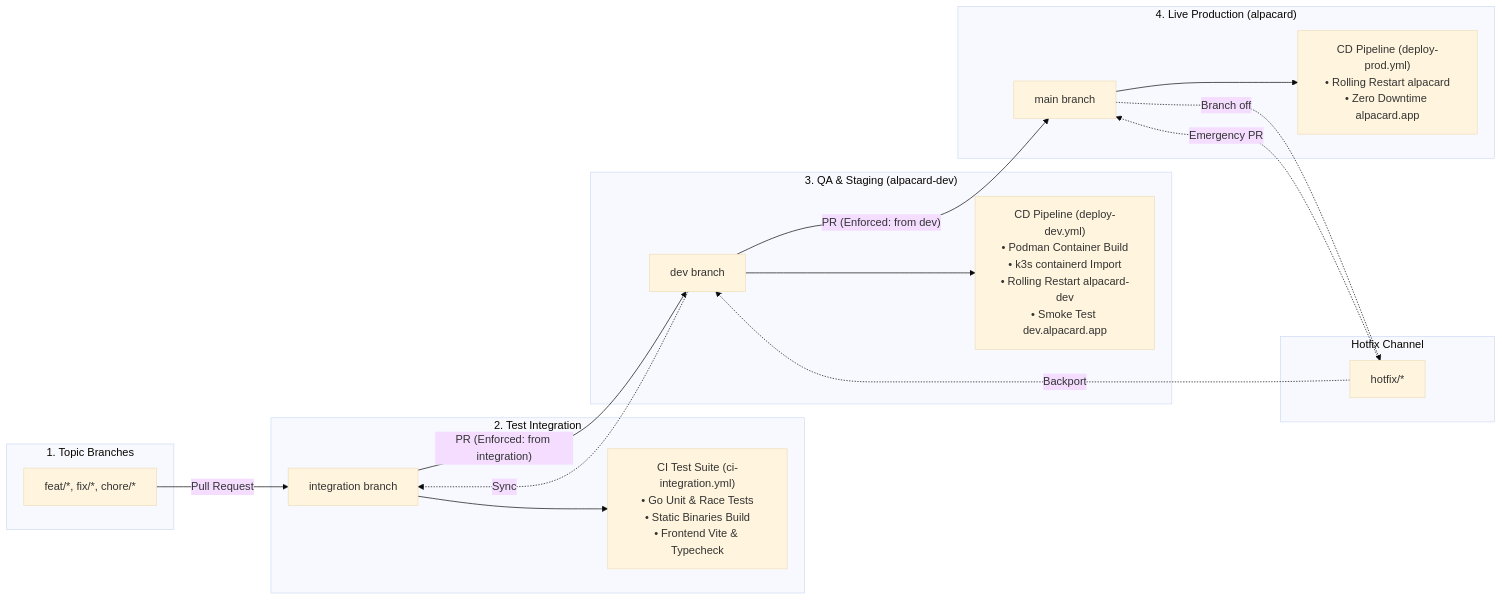
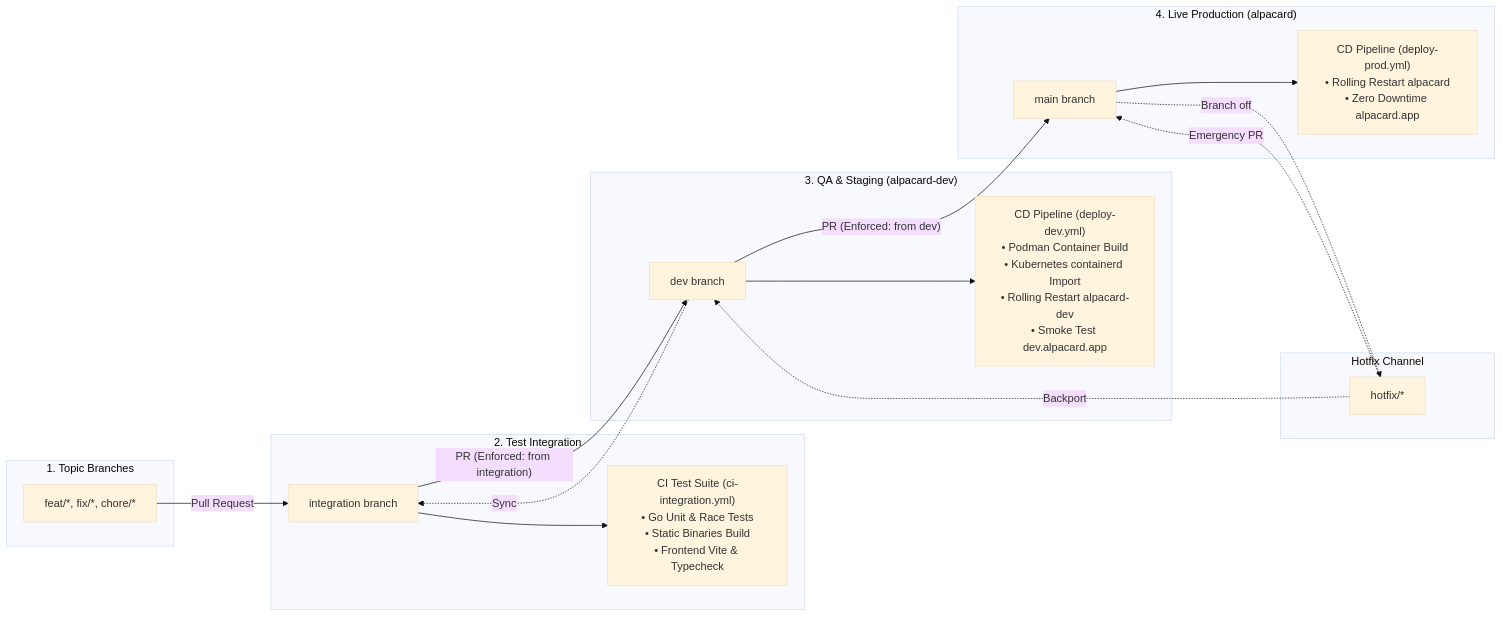
Before and after one commit to Gabmetal/alpacard-web: the second of 3 diagrams in README.md, drawn with Mermaid (base theme). The commit also changed other lines of this file and 6 other files, not shown here.

Commit message:
docs: mask k3s and homelab references with dedicated kubernetes architecture (#52)

````diff
--- a/README.md
+++ b/README.md
@@ -68,37 +68,37 @@
 ```mermaid
 flowchart LR
     subgraph FeatureWork ["1. Topic Branches"]
         FEAT["feat/*, fix/*, chore/*"]
     end
 
     subgraph IntegrationStage ["2. Test Integration"]
         INT["integration branch"]
         CI["CI Test Suite (ci-integration.yml)<br/>• Go Unit & Race Tests<br/>• Static Binaries Build<br/>• Frontend Vite & Typecheck"]
     end
 
     subgraph QAStage ["3. QA & Staging (alpacard-dev)"]
         DEV["dev branch"]
-        DEV_DEPLOY["CD Pipeline (deploy-dev.yml)<br/>• Podman Container Build<br/>• k3s containerd Import<br/>• Rolling Restart alpacard-dev<br/>• Smoke Test dev.alpacard.app"]
+        DEV_DEPLOY["CD Pipeline (deploy-dev.yml)<br/>• Podman Container Build<br/>• Kubernetes containerd Import<br/>• Rolling Restart alpacard-dev<br/>• Smoke Test dev.alpacard.app"]
     end
 
     subgraph ProdStage ["4. Live Production (alpacard)"]
         MAIN["main branch"]
         PROD_DEPLOY["CD Pipeline (deploy-prod.yml)<br/>• Rolling Restart alpacard<br/>• Zero Downtime alpacard.app"]
     end
 
     subgraph Emergency ["Hotfix Channel"]
         HOTFIX["hotfix/*"]
     end
 
     FEAT -->|"Pull Request"| INT
     INT --> CI
     INT -->|"PR (Enforced: from integration)"| DEV
     DEV --> DEV_DEPLOY
     DEV -->|"PR (Enforced: from dev)"| MAIN
     MAIN --> PROD_DEPLOY
 
     MAIN -.->|"Branch off"| HOTFIX
     HOTFIX -.->|"Emergency PR"| MAIN
     HOTFIX -.->|"Backport"| DEV
     DEV -.->|"Sync"| INT
 ```
````
